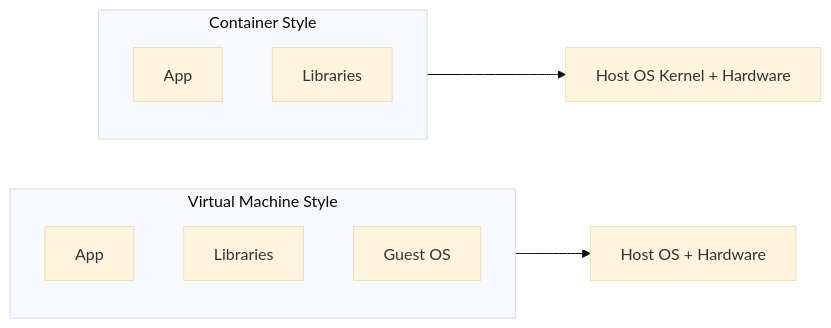
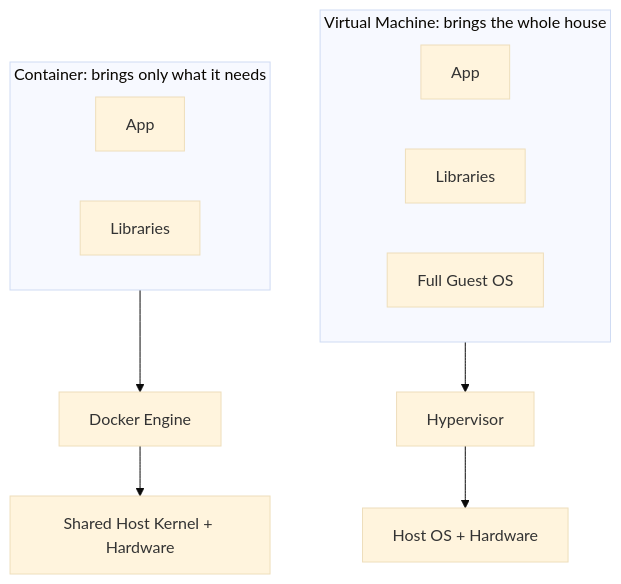
The sixth of 7 diagrams in Ch1.Docker/readme.md (amit4996/learn-k8s-az), drawn with Mermaid (base theme) before and after one commit. The commit also changed other lines of this file, not shown here.

Commit message:
update docker

````diff
--- a/Ch1.Docker/readme.md
+++ b/Ch1.Docker/readme.md
@@ -208,16 +229,19 @@
 ```mermaid
-flowchart LR
-    subgraph VM[Virtual Machine Style]
-        A1[App]
-        B1[Libraries]
-        C1[Guest OS]
+flowchart TB
+    subgraph VM["Virtual Machine: brings the whole house"]
+        VMApp["App"]
+        VMLib["Libraries"]
+        VMOS["Full Guest OS"]
     end
 
-    subgraph Container[Container Style]
-        A2[App]
-        B2[Libraries]
+    subgraph CT["Container: brings only what it needs"]
+        CTApp["App"]
+        CTLib["Libraries"]
     end
 
-    VM --> H1[Host OS + Hardware]
-    Container --> H2[Host OS Kernel + Hardware]
+    VM --> Hypervisor["Hypervisor"]
+    Hypervisor --> Host1["Host OS + Hardware"]
+
+    CT --> Docker["Docker Engine"]
+    Docker --> Host2["Shared Host Kernel + Hardware"]
 ```
````
